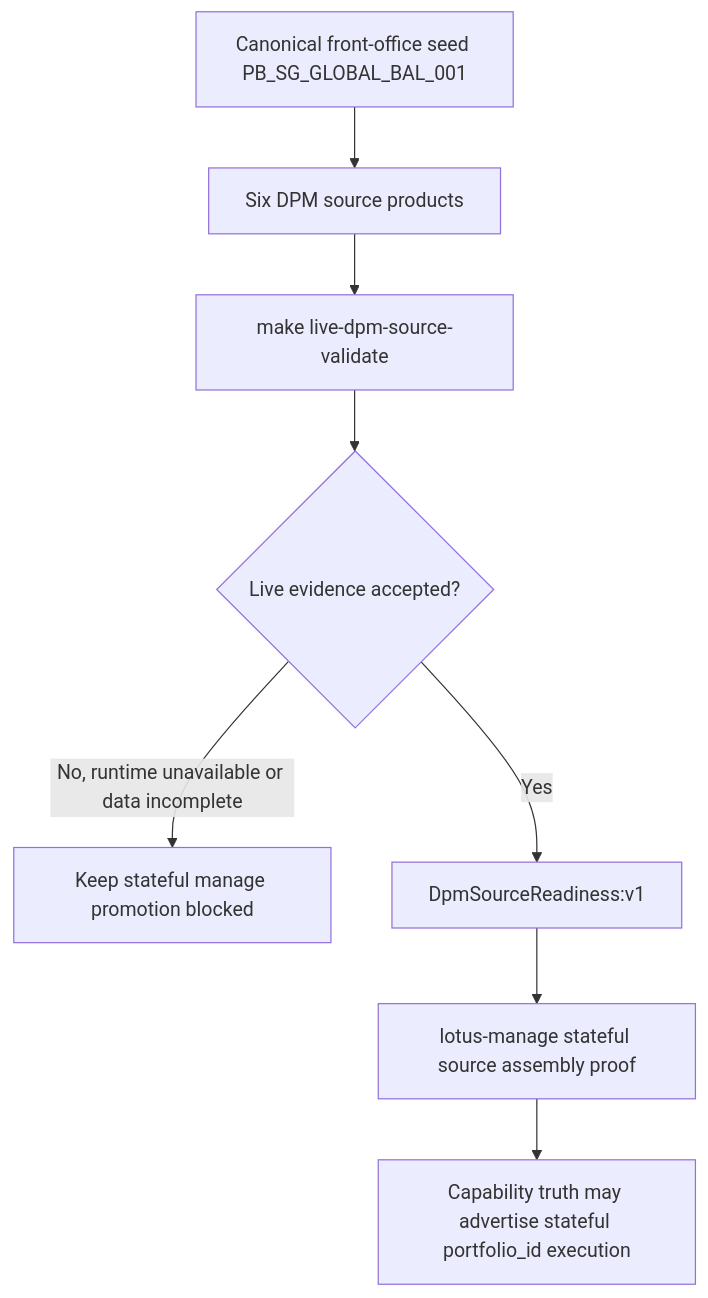
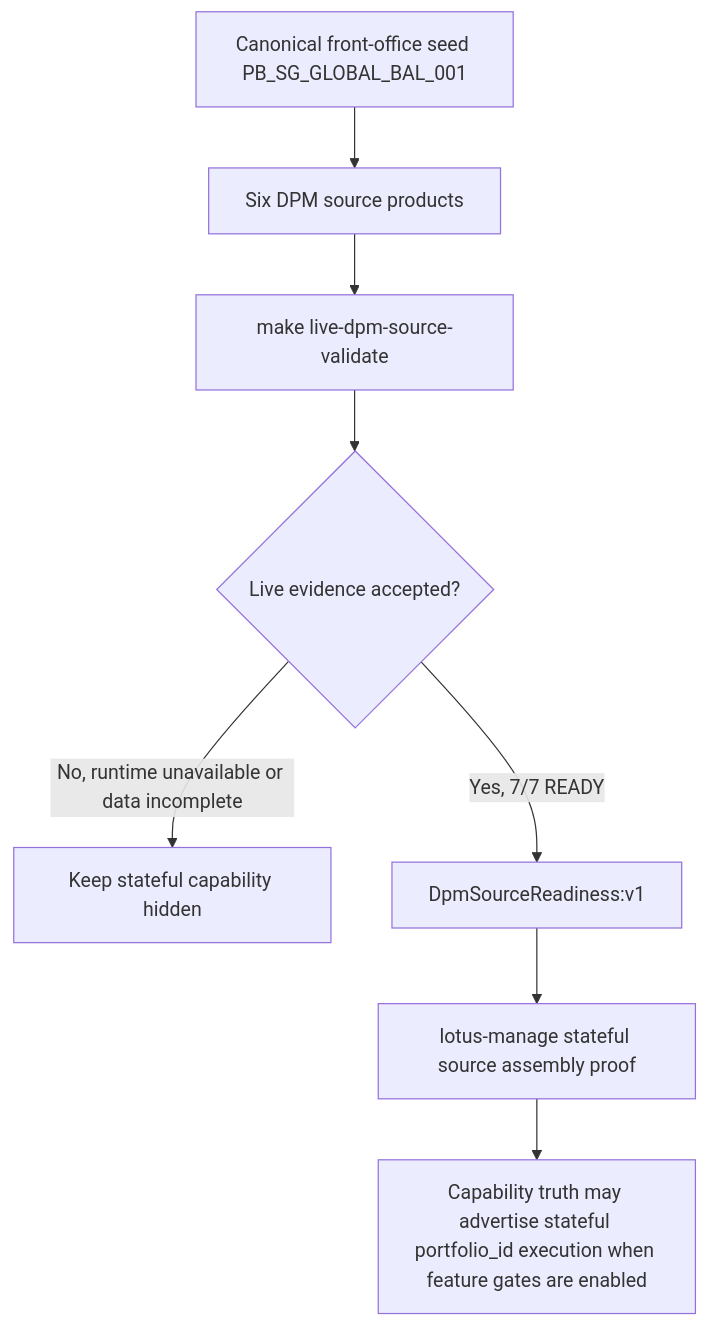
The second of 2 diagrams in wiki/Mesh-Data-Products.md (sgajbi/lotus-core), drawn with Mermaid before and after one commit. The commit also changed other lines of this file and 1 other file, not shown here.

````diff
--- a/wiki/Mesh-Data-Products.md
+++ b/wiki/Mesh-Data-Products.md
@@ -84,10 +85,10 @@
 ```mermaid
 flowchart TD
     Seed[Canonical front-office seed PB_SG_GLOBAL_BAL_001] --> CoreProducts[Six DPM source products]
     CoreProducts --> LiveValidator[make live-dpm-source-validate]
     LiveValidator --> Evidence{Live evidence accepted?}
-    Evidence -->|No, runtime unavailable or data incomplete| Blocked[Keep stateful manage promotion blocked]
-    Evidence -->|Yes| Readiness[DpmSourceReadiness:v1]
+    Evidence -->|No, runtime unavailable or data incomplete| Blocked[Keep stateful capability hidden]
+    Evidence -->|Yes, 7/7 READY| Readiness[DpmSourceReadiness:v1]
     Readiness --> ManageProof[lotus-manage stateful source assembly proof]
-    ManageProof --> Promote[Capability truth may advertise stateful portfolio_id execution]
+    ManageProof --> Promote[Capability truth may advertise stateful portfolio_id execution when feature gates are enabled]
 ```
````
